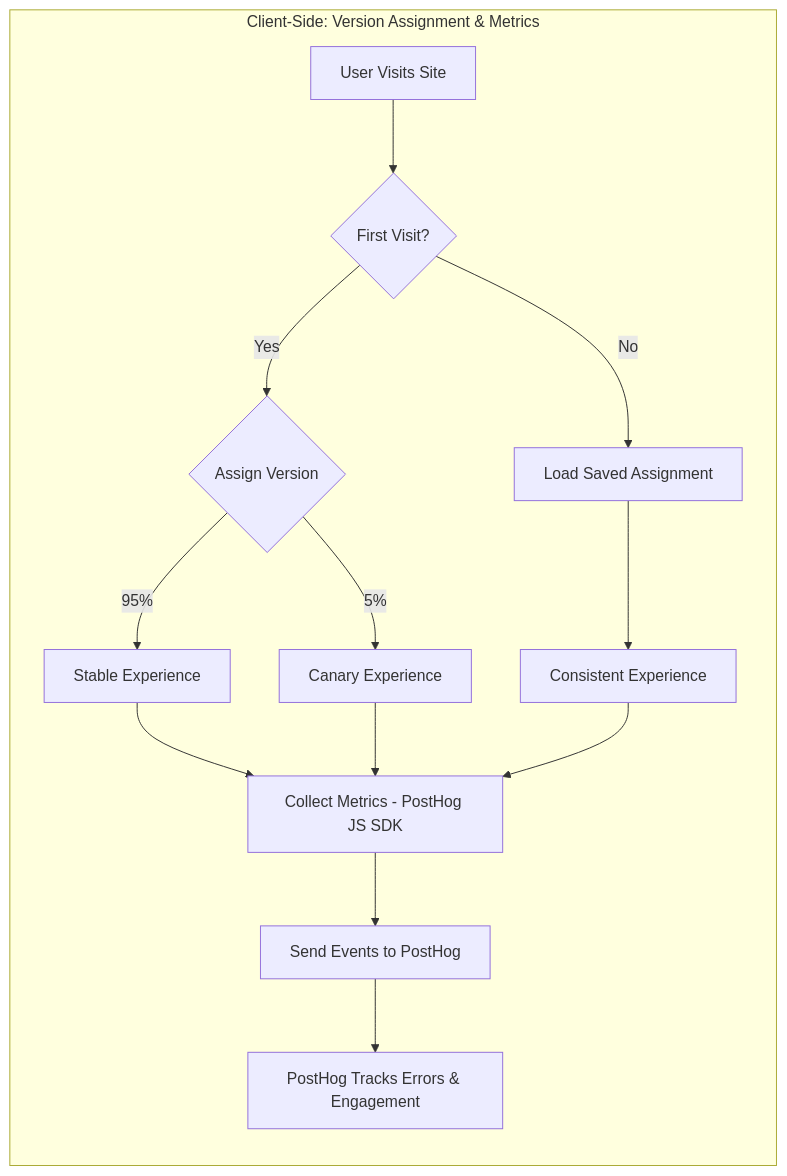
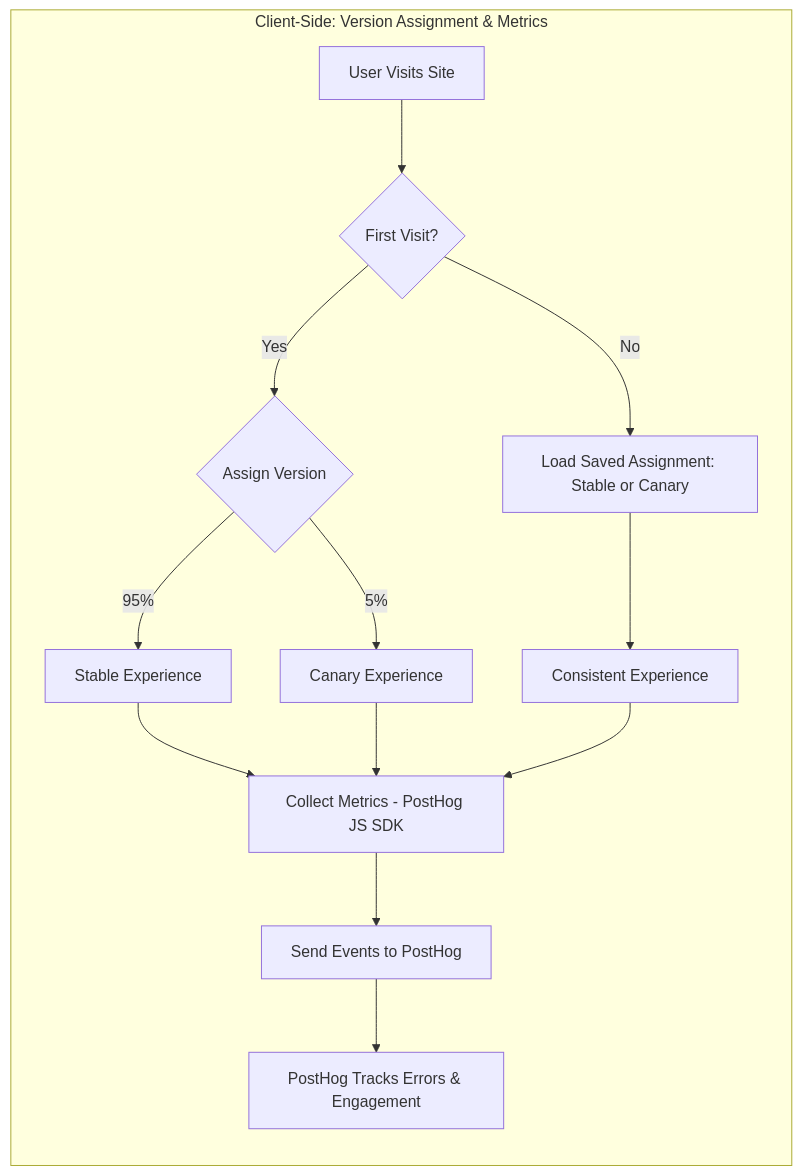
One commit to lloydchang/client-side-canary-deployment changed the first of 4 diagrams in README.md. Above: the diagram before and after it, drawn with Mermaid.

````diff
--- a/README.md
+++ b/README.md
@@ -17,16 +17,16 @@
 ```mermaid
 graph LR
     subgraph Client-Side: Version Assignment & Metrics
         A[User Visits Site] --> B{First Visit?}
         B -->|Yes| C{Assign Version}
-        B -->|No| D[Load Saved Assignment]
+        B -->|No| D[Load Saved Assignment: Stable or Canary]
         C -->|95%| E[Stable Experience]
         C -->|5%| F[Canary Experience]
         D --> G[Consistent Experience]
         E --> H["Collect Metrics - PostHog JS SDK"]
         F --> H
         G --> H
         H --> J[Send Events to PostHog]
         J --> K[PostHog Tracks Errors & Engagement]
     end
 ```
````
